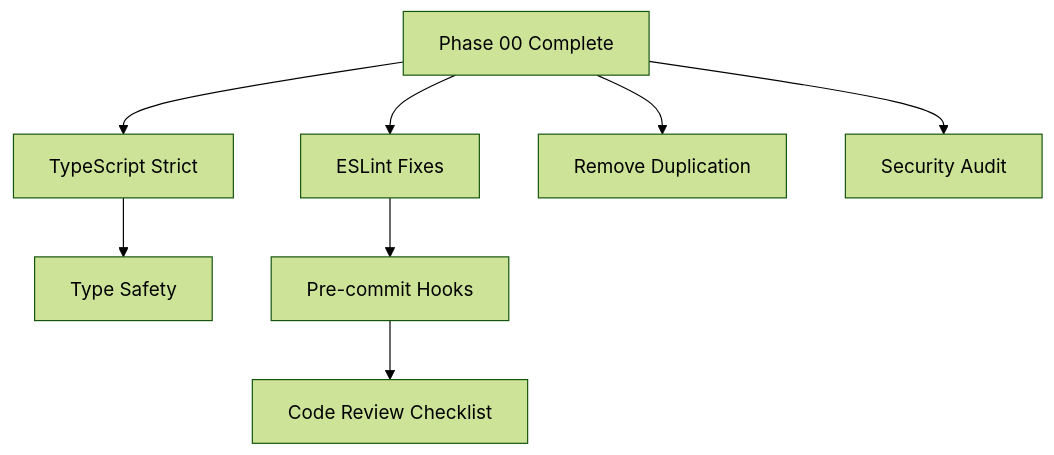
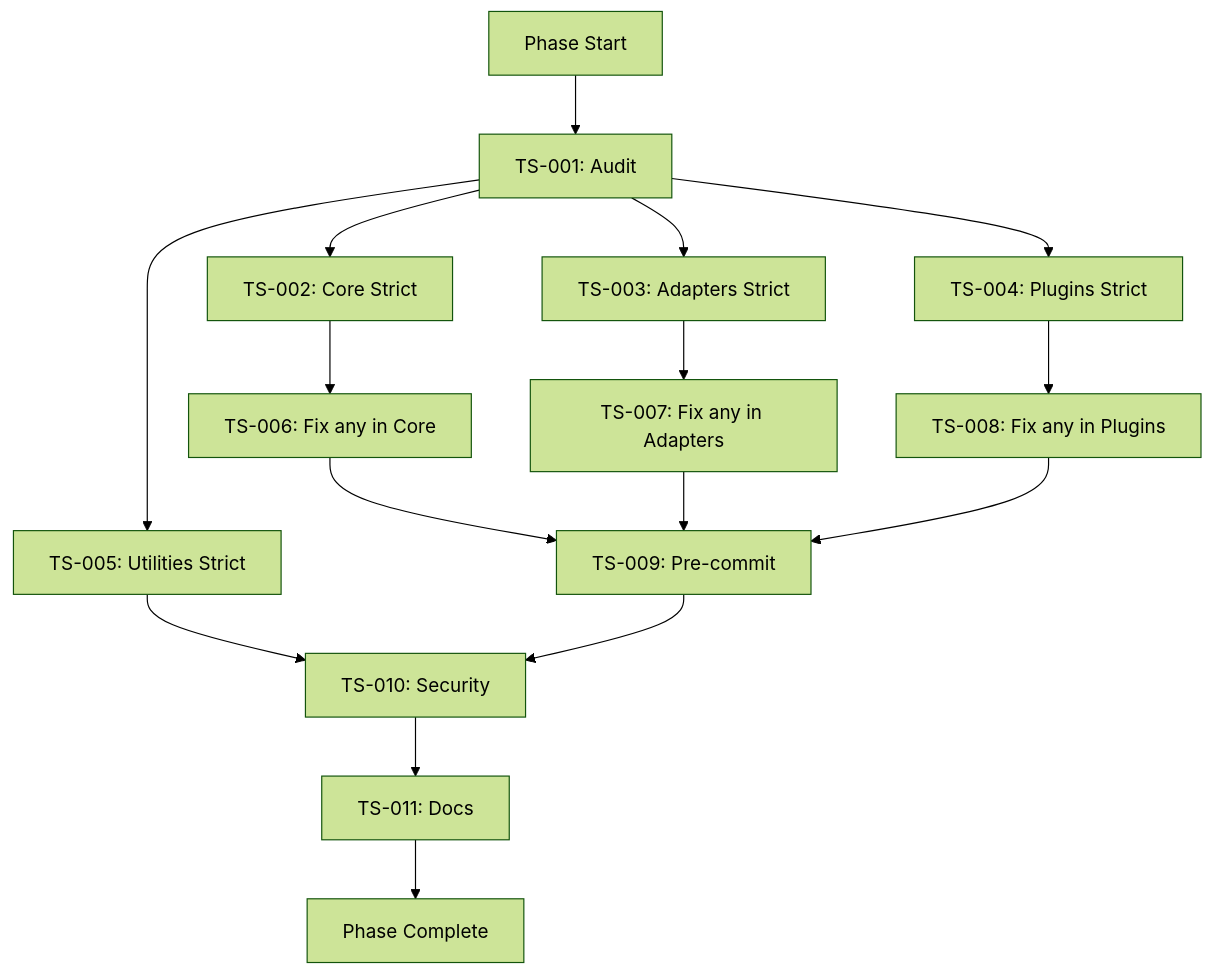
Before and after one commit to eustatos/gridkit: the diagram in planning/phase-01-code-quality/README.md, drawn with Mermaid (forest theme). The commit also changed other lines of this file and 2 other files, not shown here.

Commit message:
docs(planning): restructure phases for v1.0 roadmap

````diff
--- a/planning/phase-01-code-quality/README.md
+++ b/planning/phase-01-code-quality/README.md
@@ -40,13 +64,21 @@
 ```mermaid
 graph TD
-    PHASE00[Phase 00 Complete] --> QUAL001[TypeScript Strict]
-    QUAL001 --> QUAL007[Type Safety]
+    START[Phase Start] --> TS001[TS-001: Audit]
+    TS001 --> TS002[TS-002: Core Strict]
+    TS001 --> TS003[TS-003: Adapters Strict]
+    TS001 --> TS004[TS-004: Plugins Strict]
+    TS001 --> TS005[TS-005: Utilities Strict]
     
-    PHASE00 --> QUAL002[ESLint Fixes]
-    QUAL002 --> QUAL003[Pre-commit Hooks]
+    TS002 --> TS006[TS-006: Fix any in Core]
+    TS003 --> TS007[TS-007: Fix any in Adapters]
+    TS004 --> TS008[TS-008: Fix any in Plugins]
     
-    PHASE00 --> QUAL004[Remove Duplication]
-    PHASE00 --> QUAL005[Security Audit]
+    TS006 --> TS009[TS-009: Pre-commit]
+    TS007 --> TS009
+    TS008 --> TS009
     
-    QUAL003 --> QUAL006[Code Review Checklist]
+    TS005 --> TS010[TS-010: Security]
+    TS009 --> TS010
+    TS010 --> TS011[TS-011: Docs]
+    TS011 --> END[Phase Complete]
 ```
````
